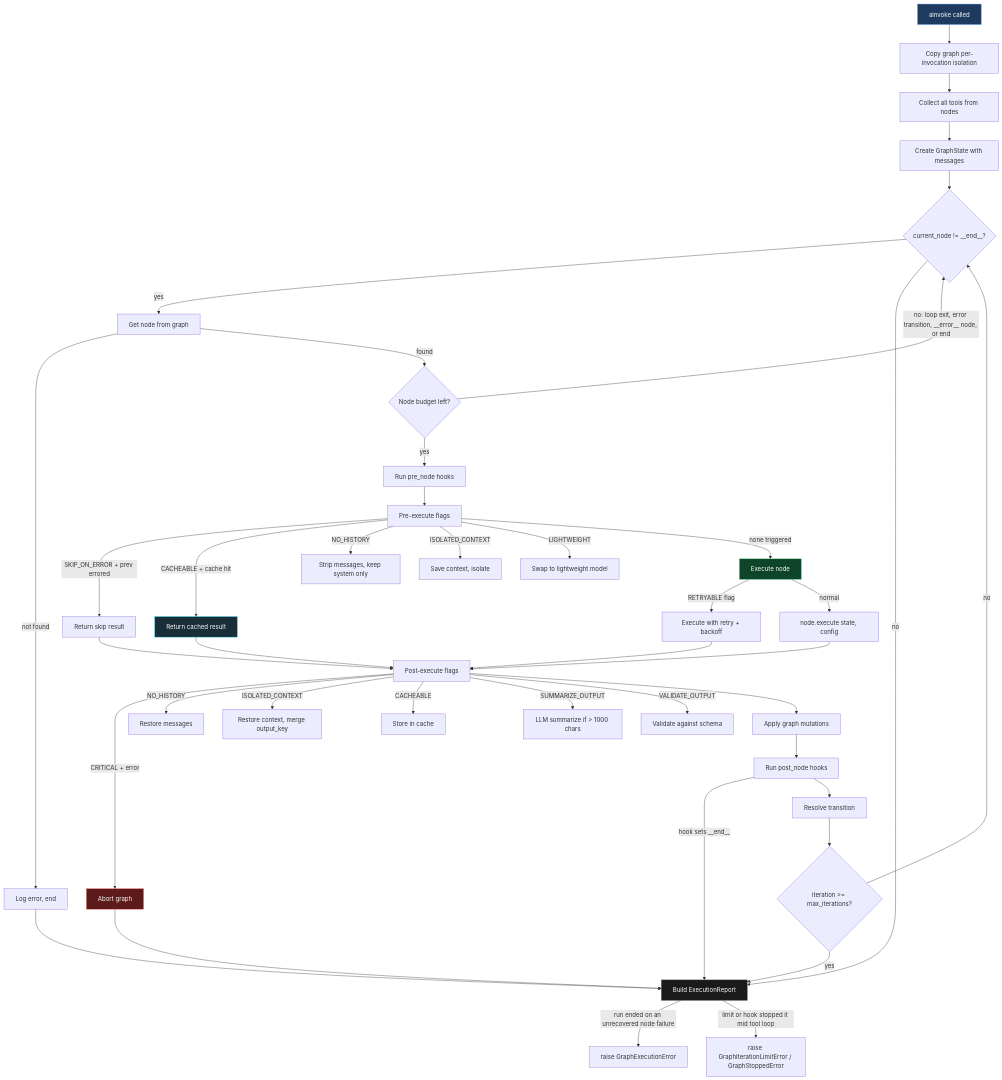
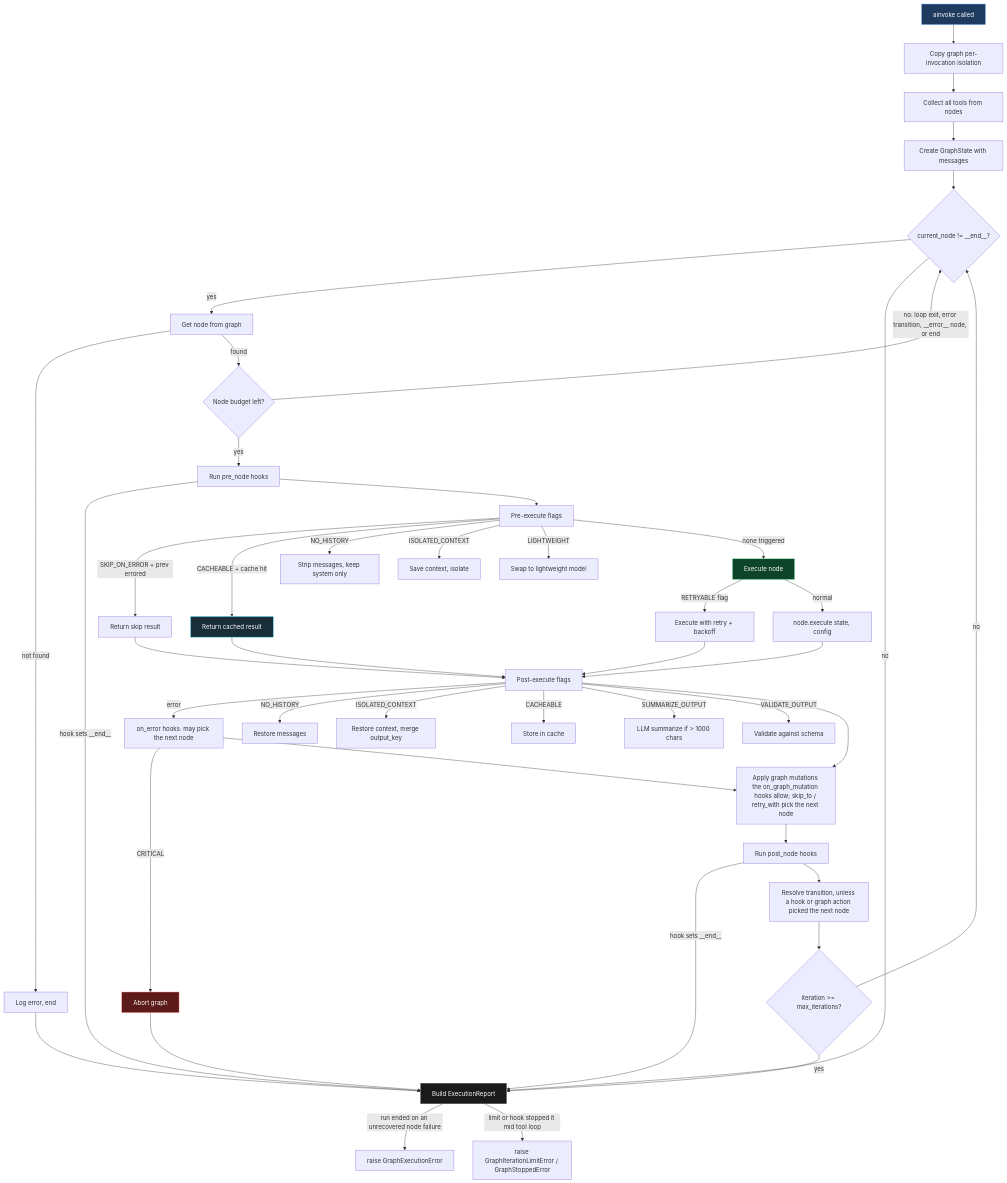
Before and after one commit to CloudEngineHub/DeepMCPAgent: the second of 10 diagrams in docs/core/engine-internals.md, drawn with Mermaid. The commit also changed other lines of this file and 16 other files, not shown here.

First line of the commit message:
docs(engine): describe the fixed Reasoning Graph behaviour; changelog

````diff
--- a/docs/core/engine-internals.md
+++ b/docs/core/engine-internals.md
@@ -41,55 +41,58 @@
 ```mermaid
 graph TD
     START[ainvoke called] --> COPY[Copy graph per-invocation isolation]
     COPY --> TOOLS[Collect all tools from nodes]
     TOOLS --> STATE[Create GraphState with messages]
     STATE --> LOOP{current_node != __end__?}
 
     LOOP --> |yes| GET[Get node from graph]
     GET --> |not found| END_ERR[Log error, end]
     GET --> |found| BUDGET{Node budget left?}
     BUDGET --> |"no: loop exit, error transition, __error__ node, or end"| LOOP
     BUDGET --> |yes| PRE_HOOK[Run pre_node hooks]
 
+    PRE_HOOK --> |hook sets __end__| END
     PRE_HOOK --> PRE_FLAG[Pre-execute flags]
     PRE_FLAG --> |SKIP_ON_ERROR + prev errored| SKIP[Return skip result]
     PRE_FLAG --> |CACHEABLE + cache hit| CACHE_HIT[Return cached result]
     PRE_FLAG --> |NO_HISTORY| STRIP[Strip messages, keep system only]
     PRE_FLAG --> |ISOLATED_CONTEXT| ISOLATE[Save context, isolate]
     PRE_FLAG --> |LIGHTWEIGHT| SWAP_MODEL[Swap to lightweight model]
     PRE_FLAG --> |none triggered| EXEC_NODE[Execute node]
 
     SKIP --> POST_FLAG
     CACHE_HIT --> POST_FLAG
     EXEC_NODE --> |RETRYABLE flag| RETRY[Execute with retry + backoff]
     EXEC_NODE --> |normal| NORMAL[node.execute state, config]
     RETRY --> POST_FLAG
     NORMAL --> POST_FLAG
 
-    POST_FLAG[Post-execute flags] --> |CRITICAL + error| ABORT[Abort graph]
+    POST_FLAG[Post-execute flags] --> |error| ON_ERR[on_error hooks: may pick the next node]
+    ON_ERR --> |CRITICAL| ABORT[Abort graph]
+    ON_ERR --> MUT
     POST_FLAG --> |NO_HISTORY| RESTORE_MSG[Restore messages]
     POST_FLAG --> |ISOLATED_CONTEXT| RESTORE_CTX[Restore context, merge output_key]
     POST_FLAG --> |CACHEABLE| CACHE_STORE[Store in cache]
     POST_FLAG --> |SUMMARIZE_OUTPUT| SUMMARIZE[LLM summarize if > 1000 chars]
     POST_FLAG --> |VALIDATE_OUTPUT| VALIDATE[Validate against schema]
-    POST_FLAG --> MUT[Apply graph mutations]
+    POST_FLAG --> MUT[Apply graph mutations the on_graph_mutation hooks allow; skip_to / retry_with pick the next node]
     MUT --> POST_HOOK
 
     POST_HOOK[Run post_node hooks] --> |hook sets __end__| END
-    POST_HOOK --> TRANSITION[Resolve transition]
+    POST_HOOK --> TRANSITION[Resolve transition, unless a hook or graph action picked the next node]
     TRANSITION --> ITER{iteration >= max_iterations?}
     ITER --> |yes| END
     ITER --> |no| LOOP
 
     ABORT --> END[Build ExecutionReport]
     END_ERR --> END
     LOOP --> |no| END
     END --> |run ended on an unrecovered node failure| RAISE[raise GraphExecutionError]
     END --> |"limit or hook stopped it mid tool loop"| RAISE2[raise GraphIterationLimitError / GraphStoppedError]
 
     style START fill:#1e3a5f,stroke:#60a5fa,color:#fff
     style EXEC_NODE fill:#0e4429,stroke:#4ade80,color:#fff
     style ABORT fill:#5c1a1a,stroke:#f87171,color:#fff
     style END fill:#1a1a1a,stroke:#666,color:#fff
     style CACHE_HIT fill:#1a2e3a,stroke:#22d3ee,color:#fff
 ```
````
